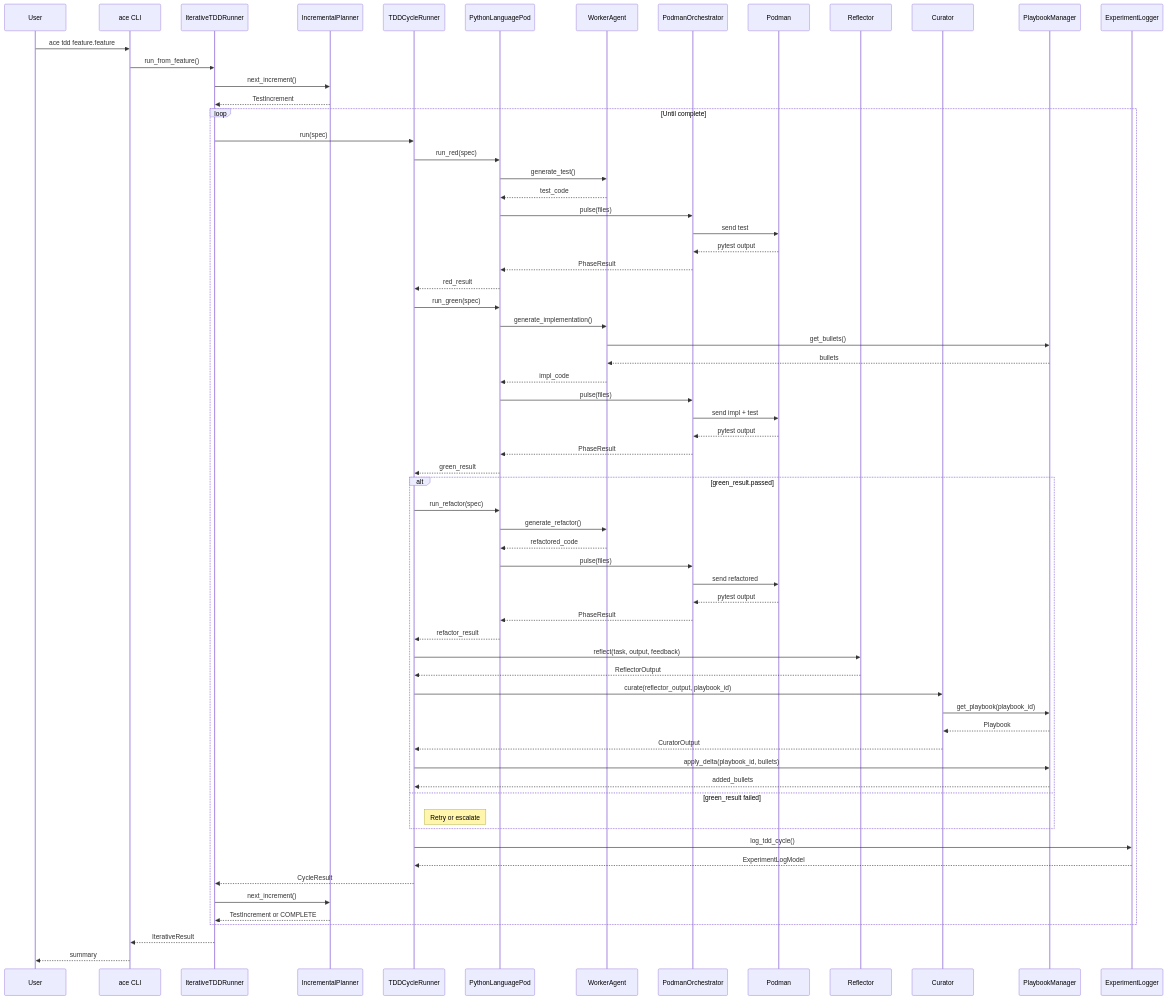
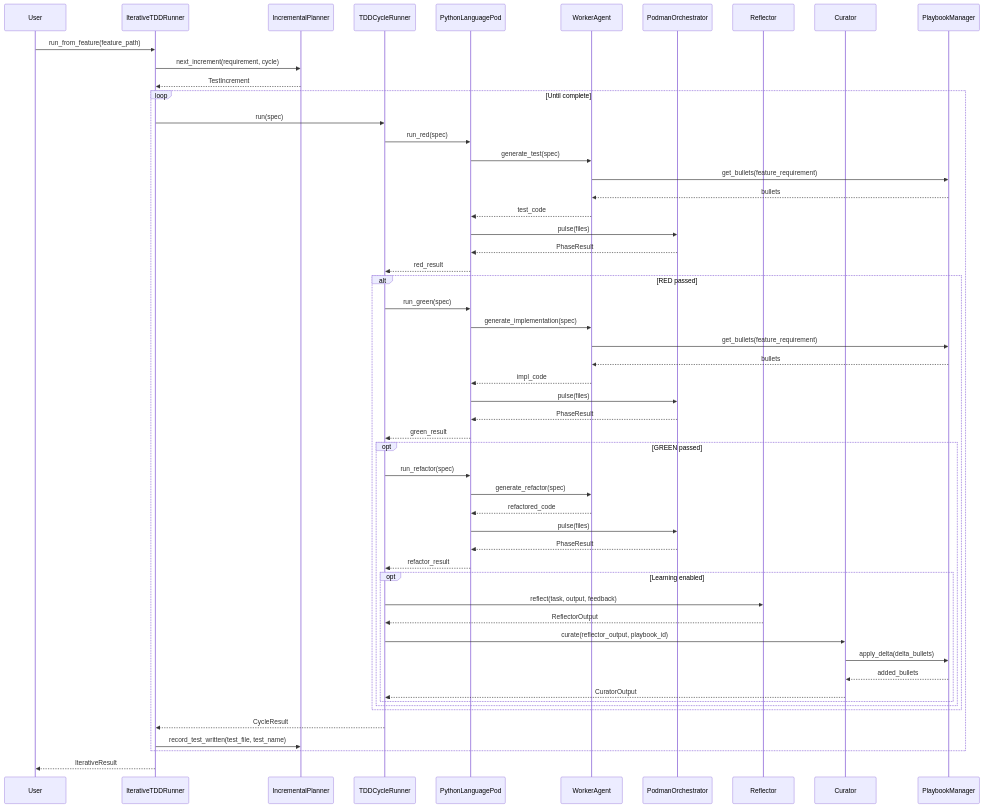
Before and after one commit to carlhuxley/ace_enterprise: the diagram in docs/SYSTEM_ARCHITECTURE.md, drawn with Mermaid. The commit also changed other lines of this file and 17 other files, not shown here.

````diff
--- a/docs/SYSTEM_ARCHITECTURE.md
+++ b/docs/SYSTEM_ARCHITECTURE.md
@@ -38,69 +39,64 @@
 ```mermaid
 sequenceDiagram
     participant User
-    participant CLI as ace CLI
-    participant Runner as IterativeTDDRunner
-    participant Planner as IncrementalPlanner
-    participant Cycle as TDDCycleRunner
-    participant Pod as PythonLanguagePod
-    participant Worker as WorkerAgent
-    participant Orchestrator as PodmanOrchestrator
-    participant Container as Podman
-    participant Reflector as Reflector
-    participant Curator as Curator
-    participant Manager as PlaybookManager
-    participant Logger as ExperimentLogger
+    participant IterativeTDDRunner
+    participant IncrementalPlanner
+    participant TDDCycleRunner
+    participant PythonLanguagePod
+    participant WorkerAgent
+    participant PodmanOrchestrator
+    participant Reflector
+    participant Curator
+    participant PlaybookManager
 
-    User->>CLI: ace tdd feature.feature
-    CLI->>Runner: run_from_feature()
-    Runner->>Planner: next_increment()
-    Planner-->>Runner: TestIncrement
+    User->>IterativeTDDRunner: run_from_feature(feature_path)
+    IterativeTDDRunner->>IncrementalPlanner: next_increment(requirement, cycle)
+    IncrementalPlanner-->>IterativeTDDRunner: TestIncrement
+    
     loop Until complete
-        Runner->>Cycle: run(spec)
-        Cycle->>Pod: run_red(spec)
-        Pod->>Worker: generate_test()
-        Worker-->>Pod: test_code
-        Pod->>Orchestrator: pulse(files)
-        Orchestrator->>Container: send test
-        Container-->>Orchestrator: pytest output
-        Orchestrator-->>Pod: PhaseResult
-        Pod-->>Cycle: red_result
-        Cycle->>Pod: run_green(spec)
-        Pod->>Worker: generate_implementation()
-        Worker->>Manager: get_bullets()
-        Manager-->>Worker: bullets
-        Worker-->>Pod: impl_code
-        Pod->>Orchestrator: pulse(files)
-        Orchestrator->>Container: send impl + test
-        Container-->>Orchestrator: pytest output
-        Orchestrator-->>Pod: PhaseResult
-        Pod-->>Cycle: green_result
-        alt green_result.passed
-            Cycle->>Pod: run_refactor(spec)
-            Pod->>Worker: generate_refactor()
-            Worker-->>Pod: refactored_code
-            Pod->>Orchestrator: pulse(files)
-            Orchestrator->>Container: send refactored
-            Container-->>Orchestrator: pytest output
-            Orchestrator-->>Pod: PhaseResult
-            Pod-->>Cycle: refactor_result
-            Cycle->>Reflector: reflect(task, output, feedback)
-            Reflector-->>Cycle: ReflectorOutput
-            Cycle->>Curator: curate(reflector_output, playbook_id)
-            Curator->>Manager: get_playbook(playbook_id)
-            Manager-->>Curator: Playbook
-            Curator-->>Cycle: CuratorOutput
-            Cycle->>Manager: apply_delta(playbook_id, bullets)
-            Manager-->>Cycle: added_bullets
-        else green_result failed
-            Note right of Cycle: Retry or escalate
+        IterativeTDDRunner->>TDDCycleRunner: run(spec)
+        
+        TDDCycleRunner->>PythonLanguagePod: run_red(spec)
+        PythonLanguagePod->>WorkerAgent: generate_test(spec)
+        WorkerAgent->>PlaybookManager: get_bullets(feature_requirement)
+        PlaybookManager-->>WorkerAgent: bullets
+        WorkerAgent-->>PythonLanguagePod: test_code
+        PythonLanguagePod->>PodmanOrchestrator: pulse(files)
+        PodmanOrchestrator-->>PythonLanguagePod: PhaseResult
+        PythonLanguagePod-->>TDDCycleRunner: red_result
+        
+        alt RED passed
+            TDDCycleRunner->>PythonLanguagePod: run_green(spec)
+            PythonLanguagePod->>WorkerAgent: generate_implementation(spec)
+            WorkerAgent->>PlaybookManager: get_bullets(feature_requirement)
+            PlaybookManager-->>WorkerAgent: bullets
+            WorkerAgent-->>PythonLanguagePod: impl_code
+            PythonLanguagePod->>PodmanOrchestrator: pulse(files)
+            PodmanOrchestrator-->>PythonLanguagePod: PhaseResult
+            PythonLanguagePod-->>TDDCycleRunner: green_result
+            
+            opt GREEN passed
+                TDDCycleRunner->>PythonLanguagePod: run_refactor(spec)
+                PythonLanguagePod->>WorkerAgent: generate_refactor(spec)
+                WorkerAgent-->>PythonLanguagePod: refactored_code
+                PythonLanguagePod->>PodmanOrchestrator: pulse(files)
+                PodmanOrchestrator-->>PythonLanguagePod: PhaseResult
+                PythonLanguagePod-->>TDDCycleRunner: refactor_result
+                
+                opt Learning enabled
+                    TDDCycleRunner->>Reflector: reflect(task, output, feedback)
+                    Reflector-->>TDDCycleRunner: ReflectorOutput
+                    TDDCycleRunner->>Curator: curate(reflector_output, playbook_id)
+                    Curator->>PlaybookManager: apply_delta(delta_bullets)
+                    PlaybookManager-->>Curator: added_bullets
+                    Curator-->>TDDCycleRunner: CuratorOutput
+                end
+            end
         end
-        Cycle->>Logger: log_tdd_cycle()
-        Logger-->>Cycle: ExperimentLogModel
-        Cycle-->>Runner: CycleResult
-        Runner->>Planner: next_increment()
-        Planner-->>Runner: TestIncrement or COMPLETE
+        
+        TDDCycleRunner-->>IterativeTDDRunner: CycleResult
+        IterativeTDDRunner->>IncrementalPlanner: record_test_written(test_file, test_name)
     end
-    Runner-->>CLI: IterativeResult
-    CLI-->>User: summary
+    
+    IterativeTDDRunner-->>User: IterativeResult
 ```
````
